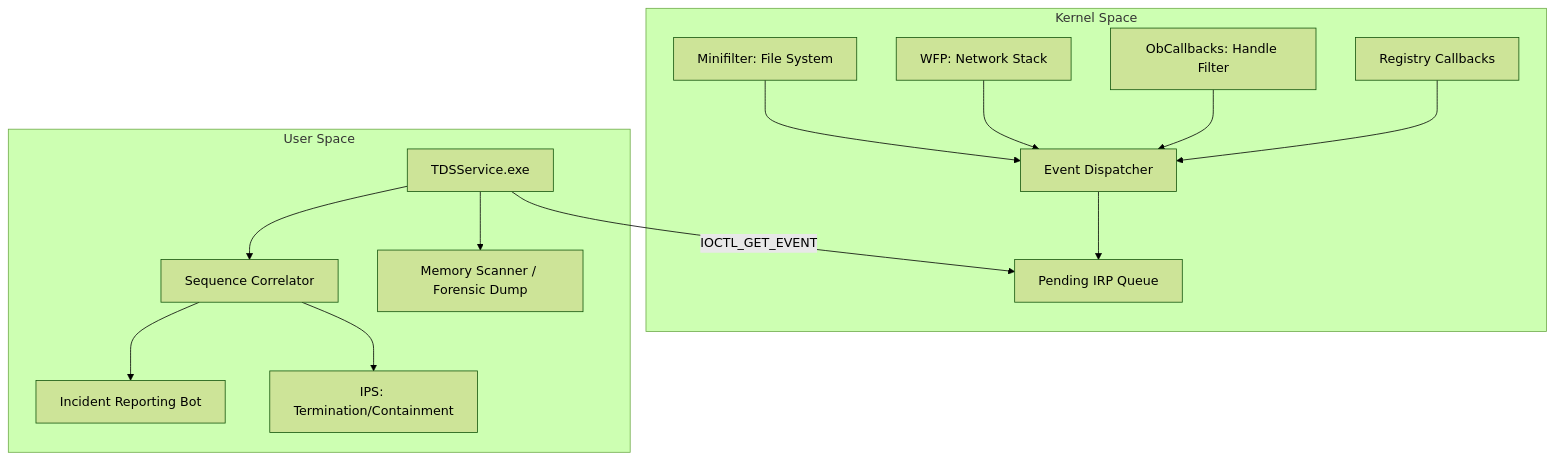
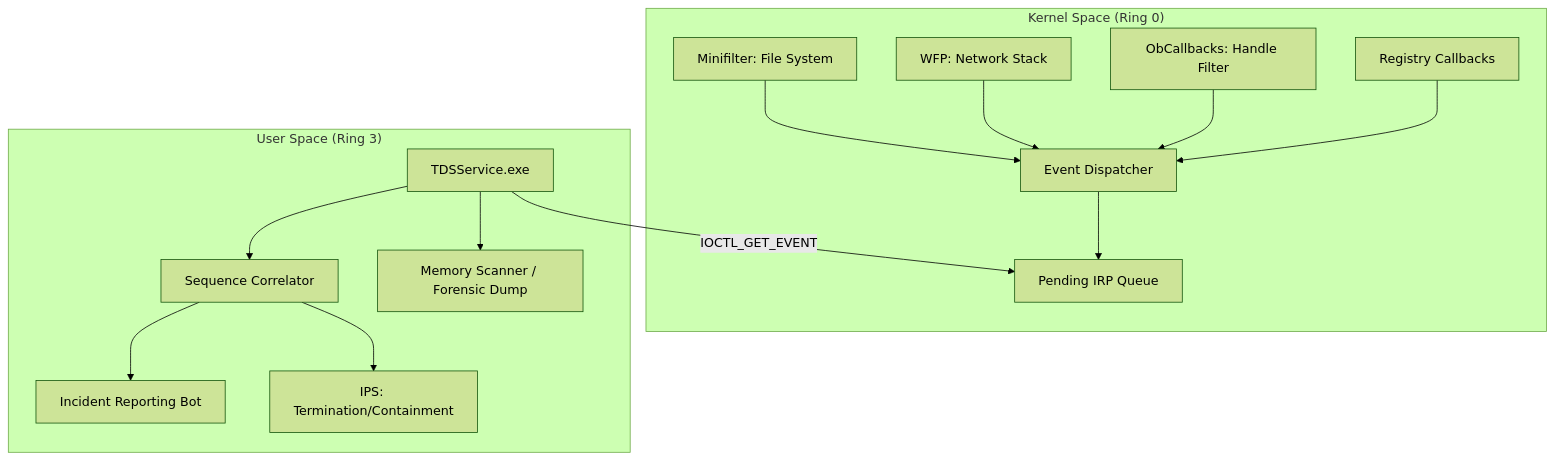
Before and after one commit to genesisgzdev/threat-detection-suite: the diagram in README.md, drawn with Mermaid (forest theme). The commit also changed other lines of this file, not shown here.

````diff
--- a/README.md
+++ b/README.md
@@ -9,17 +9,17 @@
 ```mermaid
 graph TD
-    subgraph "Kernel Space"
+    subgraph "Kernel Space (Ring 0)"
         A[Minifilter: File System] --> E[Event Dispatcher]
         B[WFP: Network Stack] --> E
         C[ObCallbacks: Handle Filter] --> E
         D[Registry Callbacks] --> E
         E --> F[Pending IRP Queue]
     end
-    subgraph "User Space"
+    subgraph "User Space (Ring 3)"
         G[TDSService.exe] -->|IOCTL_GET_EVENT| F
         G --> H[Sequence Correlator]
         H --> I[Incident Reporting Bot]
         H --> J[IPS: Termination/Containment]
         G --> K[Memory Scanner / Forensic Dump]
     end
 ```
````
